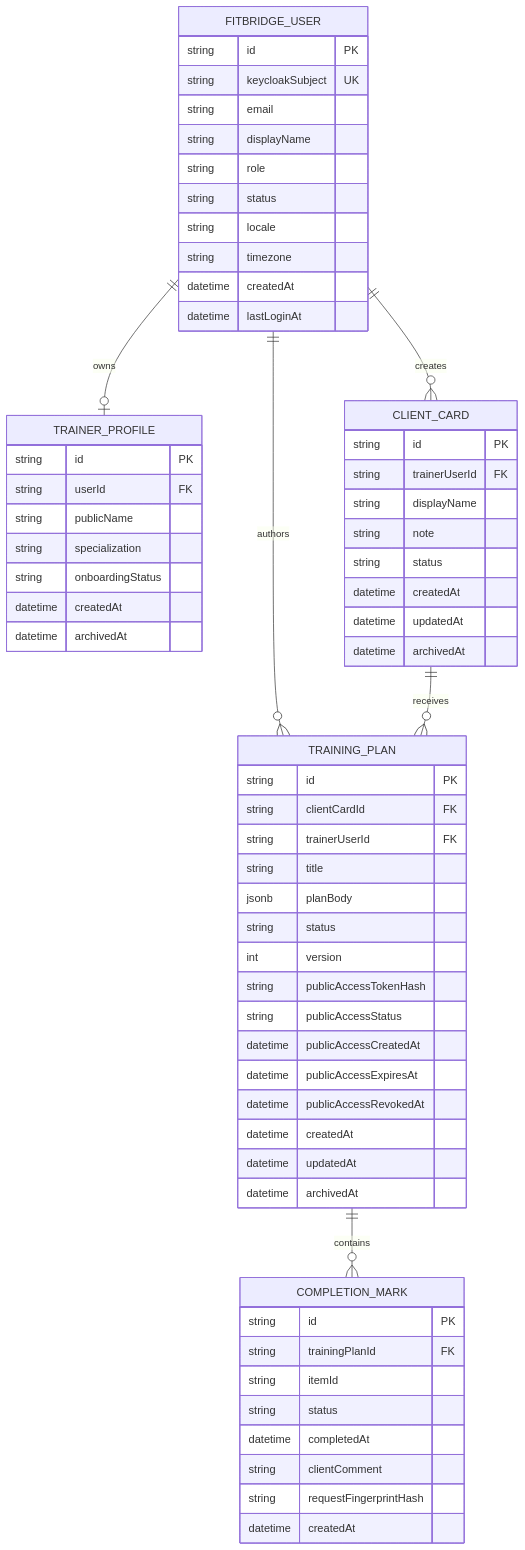
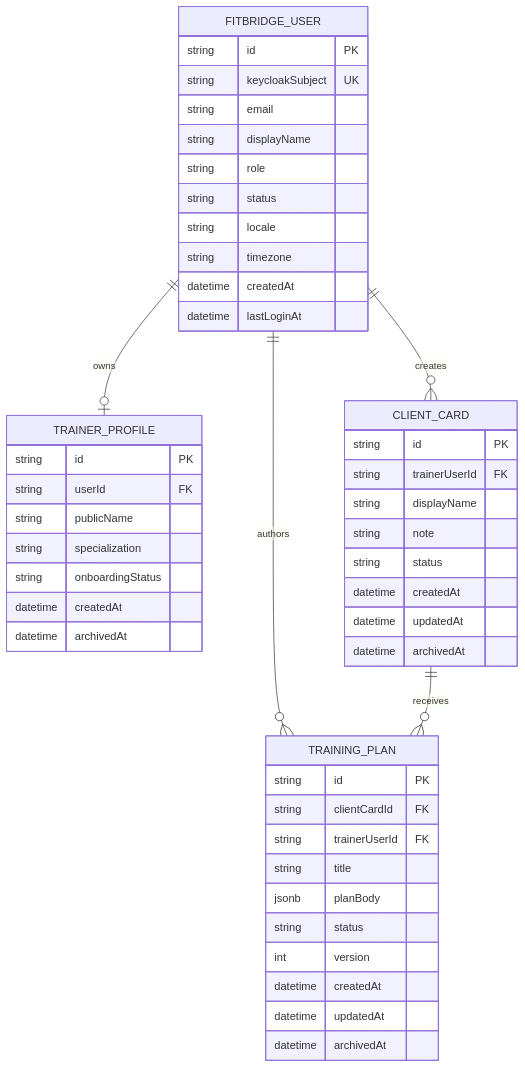
Before and after one commit to MartyanovAV/otuskotlin: the diagram in docs/03-architecture/ERD.md, drawn with Mermaid. The commit also changed other lines of this file and 56 other files, not shown here.

````diff
--- a/docs/03-architecture/ERD.md
+++ b/docs/03-architecture/ERD.md
@@ -16,71 +16,54 @@
 ```mermaid
 erDiagram
     FITBRIDGE_USER ||--o| TRAINER_PROFILE : owns
     FITBRIDGE_USER ||--o{ CLIENT_CARD : creates
     FITBRIDGE_USER ||--o{ TRAINING_PLAN : authors
     CLIENT_CARD ||--o{ TRAINING_PLAN : receives
-    TRAINING_PLAN ||--o{ COMPLETION_MARK : contains
 
     FITBRIDGE_USER {
         string id PK
         string keycloakSubject UK
         string email
         string displayName
         string role
         string status
         string locale
         string timezone
         datetime createdAt
         datetime lastLoginAt
     }
 
     TRAINER_PROFILE {
         string id PK
         string userId FK
         string publicName
         string specialization
         string onboardingStatus
         datetime createdAt
         datetime archivedAt
     }
 
     CLIENT_CARD {
         string id PK
         string trainerUserId FK
         string displayName
         string note
         string status
         datetime createdAt
         datetime updatedAt
         datetime archivedAt
     }
 
     TRAINING_PLAN {
         string id PK
         string clientCardId FK
         string trainerUserId FK
         string title
         jsonb planBody
         string status
         int version
-        string publicAccessTokenHash
-        string publicAccessStatus
-        datetime publicAccessCreatedAt
-        datetime publicAccessExpiresAt
-        datetime publicAccessRevokedAt
         datetime createdAt
         datetime updatedAt
         datetime archivedAt
     }
-
-    COMPLETION_MARK {
-        string id PK
-        string trainingPlanId FK
-        string itemId
-        string status
-        datetime completedAt
-        string clientComment
-        string requestFingerprintHash
-        datetime createdAt
-    }
 ```
````
